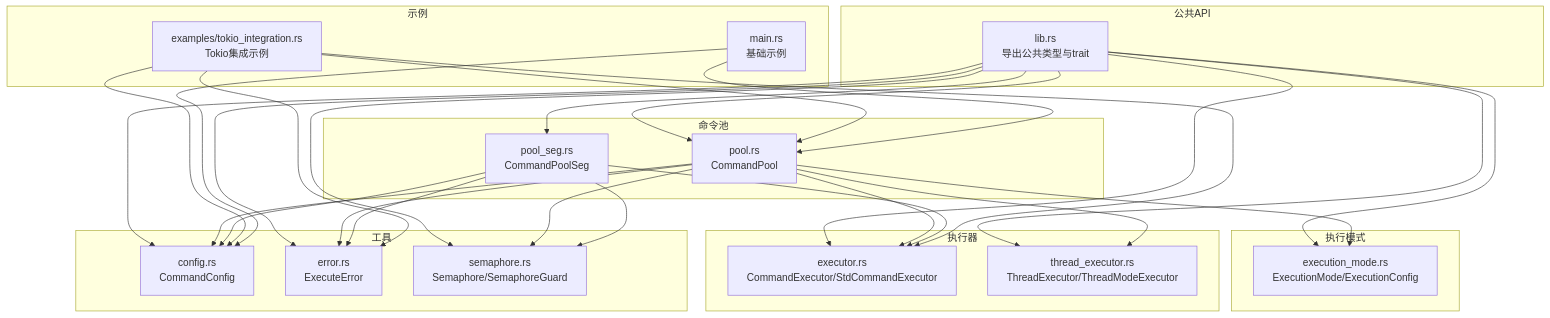
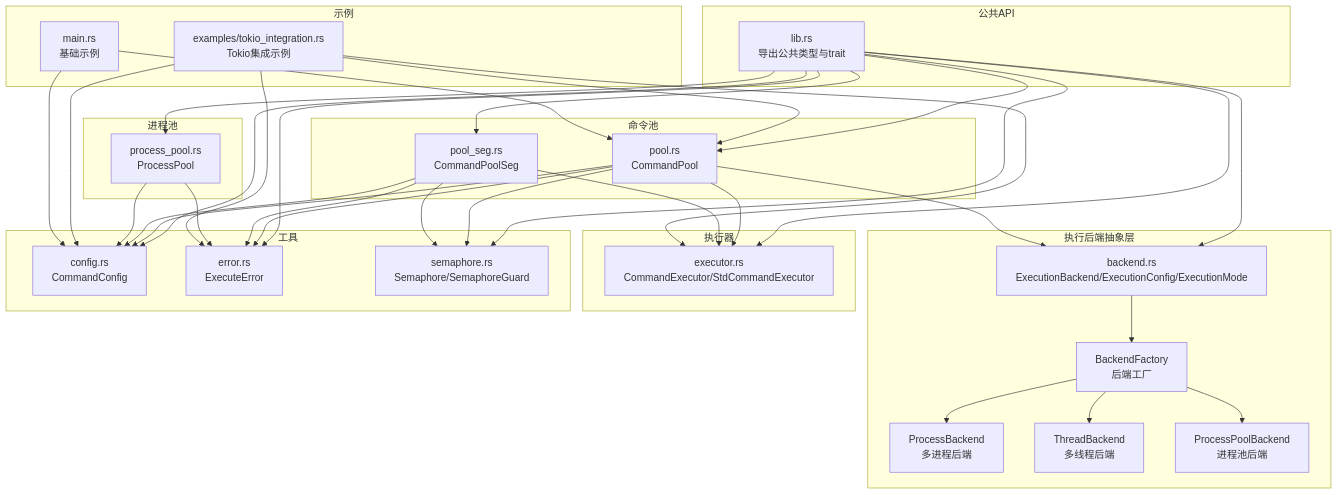
The first of 8 diagrams in .qoder/repowiki/zh/content/执行模式详解/执行模式详解.md (xcry2006/execute), drawn with Mermaid before and after one commit. The commit also changed other lines of this file and 9 other files, not shown here.

````diff
--- a/.qoder/repowiki/zh/content/执行模式详解/执行模式详解.md
+++ b/.qoder/repowiki/zh/content/执行模式详解/执行模式详解.md
@@ -39,50 +49,61 @@
 ```mermaid
 graph TB
 subgraph "公共API"
 L["lib.rs<br/>导出公共类型与trait"]
 end
-subgraph "执行模式"
-EM["execution_mode.rs<br/>ExecutionMode/ExecutionConfig"]
+subgraph "执行后端抽象层"
+EB["backend.rs<br/>ExecutionBackend/ExecutionConfig/ExecutionMode"]
+BF["BackendFactory<br/>后端工厂"]
+PB["ProcessBackend<br/>多进程后端"]
+TB["ThreadBackend<br/>多线程后端"]
+PPB["ProcessPoolBackend<br/>进程池后端"]
 end
 subgraph "执行器"
 EX["executor.rs<br/>CommandExecutor/StdCommandExecutor"]
-TE["thread_executor.rs<br/>ThreadExecutor/ThreadModeExecutor"]
 end
 subgraph "命令池"
 CP["pool.rs<br/>CommandPool"]
 CPS["pool_seg.rs<br/>CommandPoolSeg"]
+end
+subgraph "进程池"
+PP["process_pool.rs<br/>ProcessPool"]
 end
 subgraph "工具"
 CFG["config.rs<br/>CommandConfig"]
 ERR["error.rs<br/>ExecuteError"]
 SEM["semaphore.rs<br/>Semaphore/SemaphoreGuard"]
 end
 subgraph "示例"
 TK["examples/tokio_integration.rs<br/>Tokio集成示例"]
 MAIN["main.rs<br/>基础示例"]
 end
-L --> EM
+L --> EB
 L --> EX
-L --> TE
 L --> CP
 L --> CPS
+L --> PP
 L --> CFG
 L --> ERR
 L --> SEM
-CP --> EM
+EB --> BF
+BF --> PB
+BF --> TB
+BF --> PPB
+CP --> EB
 CP --> EX
-CP --> TE
 CP --> SEM
 CP --> CFG
 CP --> ERR
 CPS --> EX
 CPS --> SEM
 CPS --> CFG
 CPS --> ERR
+PP --> CFG
+PP --> ERR
 TK --> CP
 TK --> EX
 TK --> CFG
 TK --> ERR
 MAIN --> CP
 MAIN --> CFG
 ```
````
